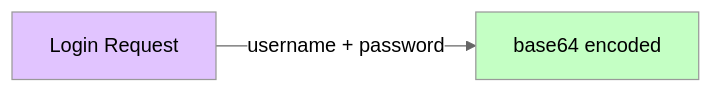
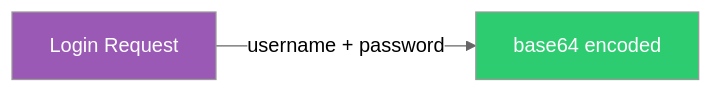
Before and after one commit to jtombo45/SeniorEngineerRoadmap: the second of 6 diagrams in Authenication/README.md, drawn with Mermaid (neutral theme). The commit also changed other lines of this file, not shown here.

Commit message:
updated diagram color for better contrast

````diff
--- a/Authenication/README.md
+++ b/Authenication/README.md
@@ -109,7 +109,7 @@
 ```mermaid
 flowchart LR
     A[Login Request] -->|username + password| B[base64 encoded]
     
-    style A fill:#e1c4ff
-    style B fill:#c4ffc4
+    style A fill:#9B59B6,color:#fff
+    style B fill:#2ECC71,color:#fff
 ```
````
